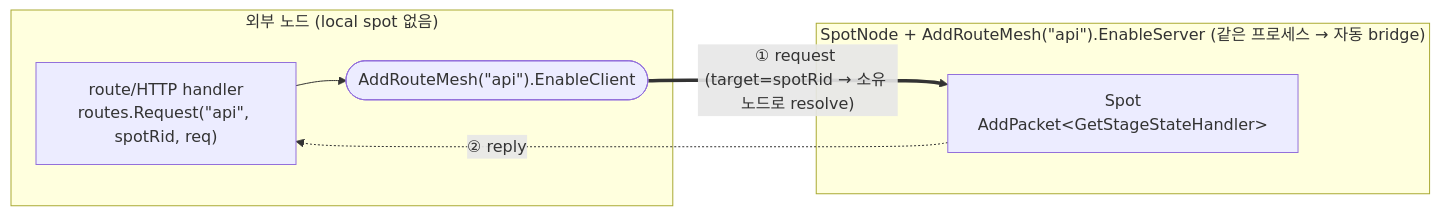
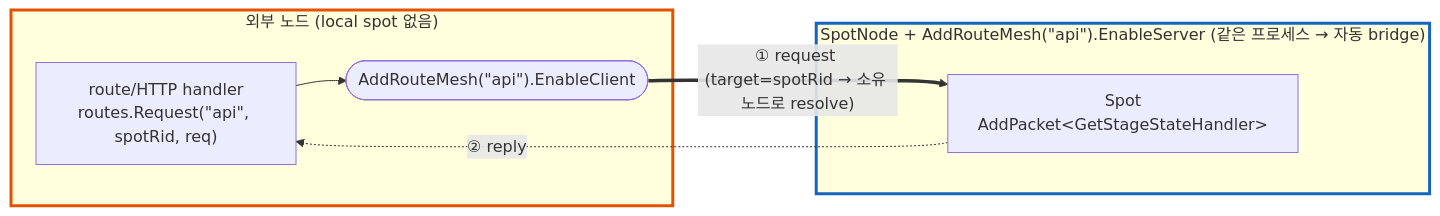
One commit to kairos-code-dev/zlink changed the eighth of 8 diagrams in framework/doc/framework/dotnet/guide/05-spot.ko.md. Above: the diagram before and after it, drawn with Mermaid. The commit also changed other lines of this file and 26 other files, not shown here.

````diff
--- a/framework/doc/framework/dotnet/guide/05-spot.ko.md
+++ b/framework/doc/framework/dotnet/guide/05-spot.ko.md
@@ -748,13 +754,15 @@
 ```mermaid
 flowchart LR
   subgraph ext["외부 노드 (local spot 없음)"]
     h["route/HTTP handler<br/>routes.Request(&quot;api&quot;, spotRid, req)"]
     c(["AddRouteMesh(&quot;api&quot;).EnableClient"])
     h --> c
   end
   subgraph sn["SpotNode + AddRouteMesh(&quot;api&quot;).EnableServer (같은 프로세스 → 자동 bridge)"]
     sp["Spot<br/>AddPacket&lt;GetStageStateHandler&gt;"]
   end
   c ==>|"① request (target=spotRid → 소유 노드로 resolve)"| sp
   sp -.->|"② reply"| h
+  style sn stroke:#1565c0,stroke-width:3px
+  style ext stroke:#e65100,stroke-width:3px
 ```
````
